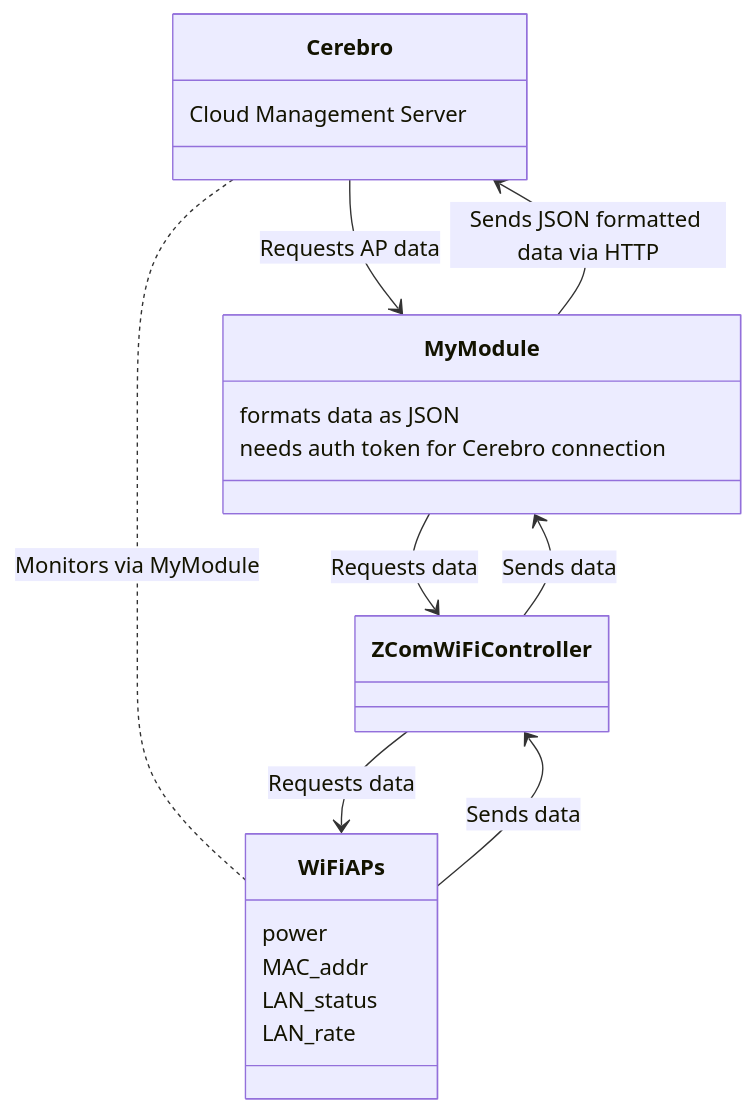
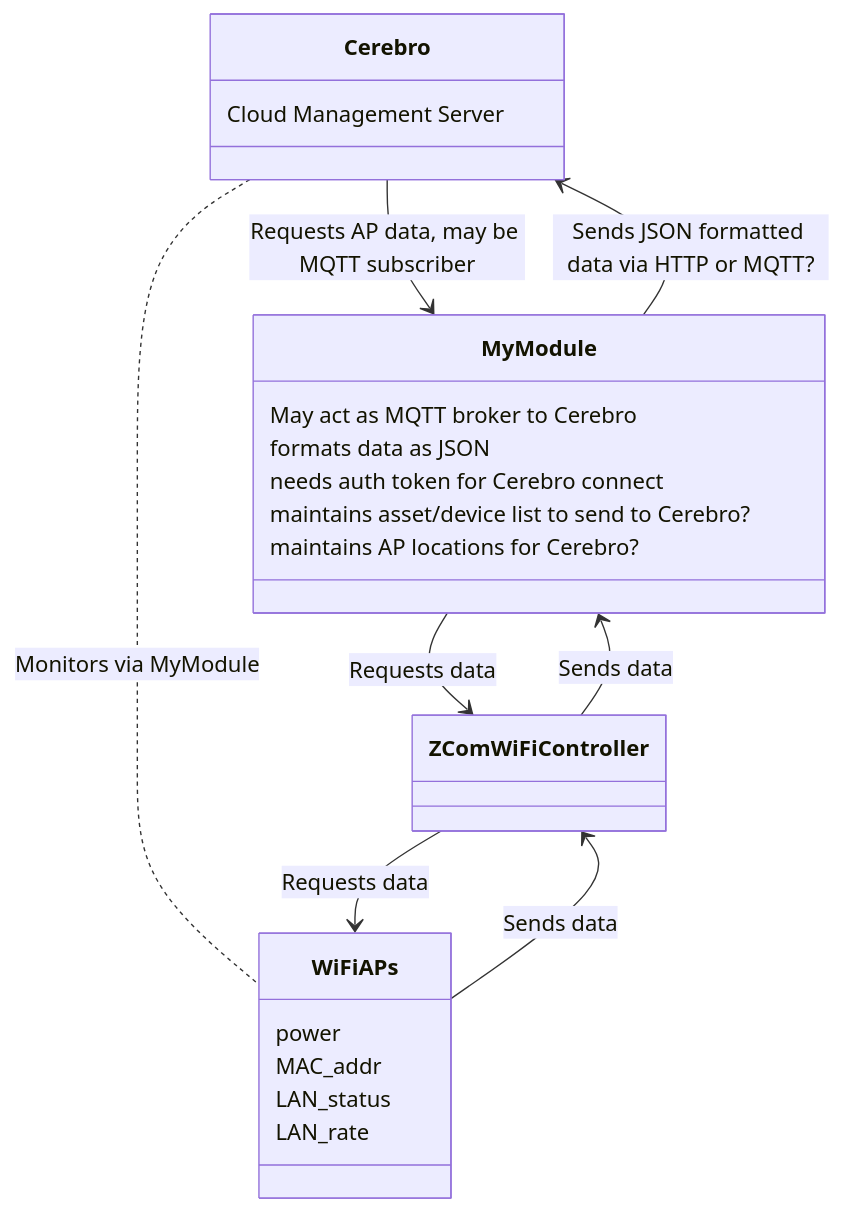
The diagram in Daily Notes/09_2022/2022-09-01.md (nicholasverdugo/Obsidian), drawn with Mermaid before and after one commit.

Commit message:
vault backup: 2022-09-12 21:44:10

````diff
--- a/Daily Notes/09_2022/2022-09-01.md
+++ b/Daily Notes/09_2022/2022-09-01.md
@@ -28,17 +28,20 @@
 ```mermaid
 classDiagram
-Cerebro-->My Module : Requests AP data
+Cerebro-->My Module : Requests AP data, may be MQTT subscriber
 Cerebro : Cloud Management Server
 Cerebro..WiFi APs : Monitors via MyModule
 My Module-->ZCom WiFi Controller : Requests data
 My Module<--ZCom WiFi Controller : Sends data
-My Module-->Cerebro : Sends JSON formatted data via HTTP
+My Module-->Cerebro : Sends JSON formatted data via HTTP or MQTT?
+My Module : May act as MQTT broker to Cerebro
 My Module : formats data as JSON
-My Module : needs auth token for Cerebro connection
+My Module : needs auth token for Cerebro connect
+My Module : maintains asset/device list to send to Cerebro?
+My Module : maintains AP locations for Cerebro?
 ZCom WiFi Controller-->WiFi APs : Requests data
 ZCom WiFi Controller<--WiFi APs : Sends data
 WiFi APs : power
 WiFi APs : MAC_addr
 WiFi APs : LAN_status
 WiFi APs : LAN_rate
 ```
````
